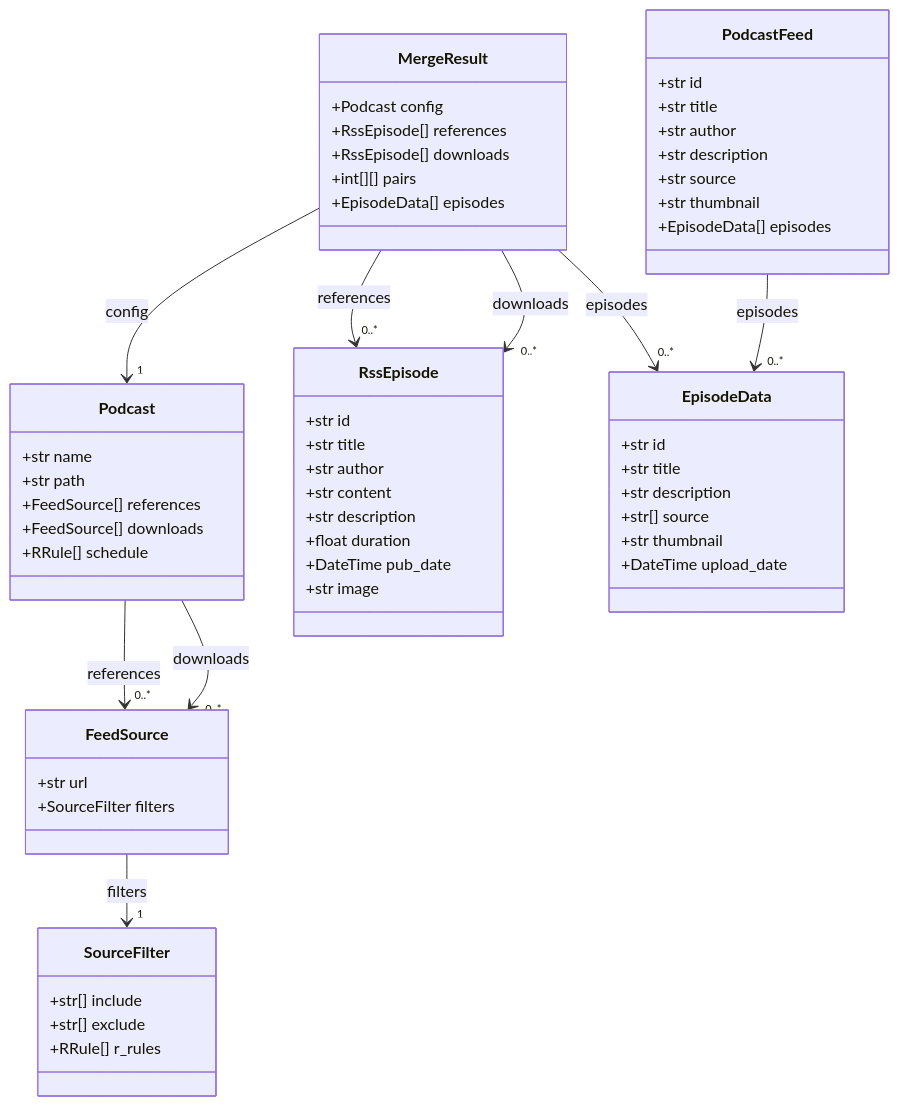
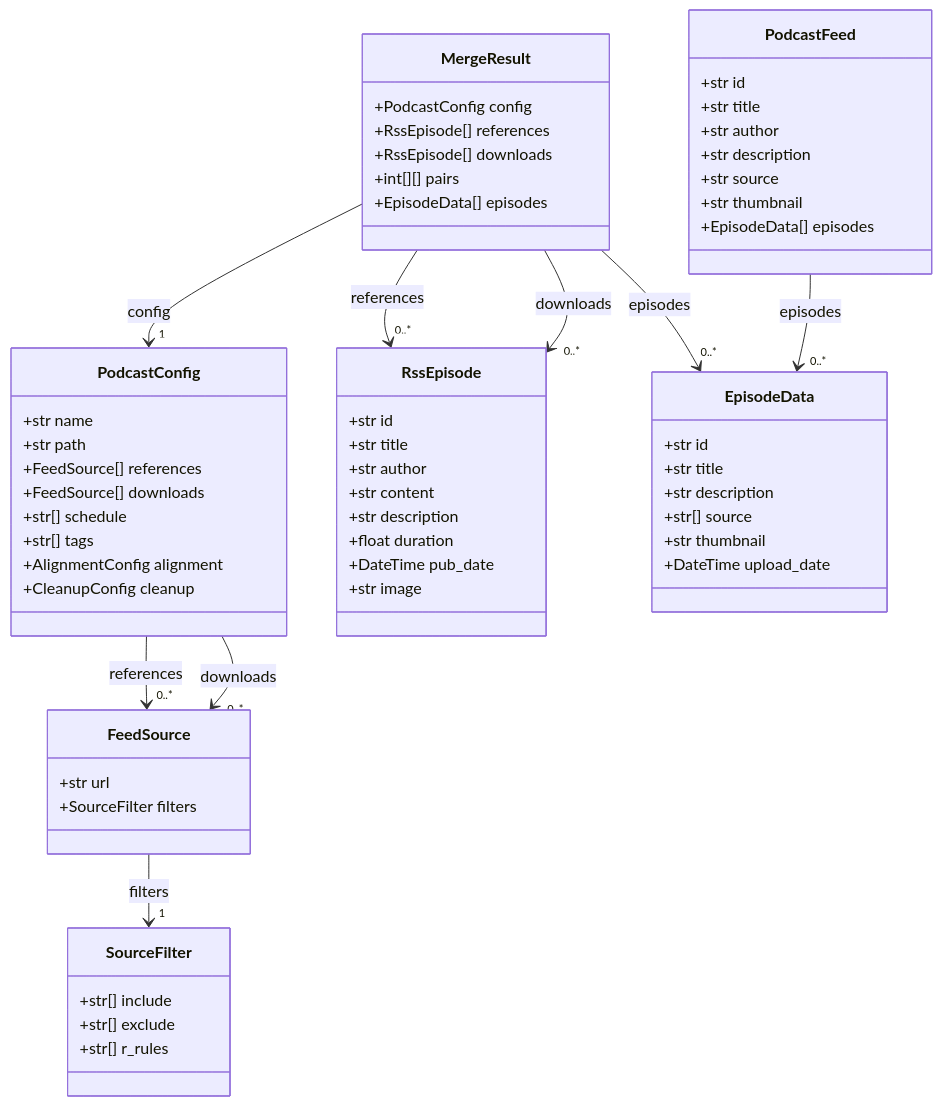
One commit to BinaryBand/adrift changed the first of 2 diagrams in docs/SPECS.md. Above: the diagram before and after it, drawn with Mermaid. The commit also changed other lines of this file and 3 other files, not shown here.

````diff
--- a/docs/SPECS.md
+++ b/docs/SPECS.md
@@ -9,68 +11,71 @@
 ```mermaid
 classDiagram
     class SourceFilter {
         +str[] include
         +str[] exclude
-        +RRule[] r_rules
+        +str[] r_rules
     }
 
     class FeedSource {
         +str url
         +SourceFilter filters
     }
 
-    class Podcast {
+    class PodcastConfig {
         +str name
         +str path
         +FeedSource[] references
         +FeedSource[] downloads
-        +RRule[] schedule
+        +str[] schedule
+        +str[] tags
+        +AlignmentConfig alignment
+        +CleanupConfig cleanup
     }
 
     class RssEpisode {
         +str id
         +str title
         +str author
         +str content
         +str description
         +float duration
         +DateTime pub_date
         +str image
     }
 
     class EpisodeData {
         +str id
         +str title
         +str description
         +str[] source
         +str thumbnail
         +DateTime upload_date
     }
 
     class MergeResult {
-        +Podcast config
+        +PodcastConfig config
         +RssEpisode[] references
         +RssEpisode[] downloads
         +int[][] pairs
         +EpisodeData[] episodes
     }
 
     class PodcastFeed {
         +str id
         +str title
         +str author
         +str description
         +str source
         +str thumbnail
         +EpisodeData[] episodes
     }
 
-    Podcast --> "0..*" FeedSource : references
-    Podcast --> "0..*" FeedSource : downloads
+    PodcastConfig --> "0..*" FeedSource : references
+    PodcastConfig --> "0..*" FeedSource : downloads
     FeedSource --> "1" SourceFilter : filters
-    MergeResult --> "1" Podcast : config
+    MergeResult --> "1" PodcastConfig : config
     MergeResult --> "0..*" RssEpisode : references
     MergeResult --> "0..*" RssEpisode : downloads
     MergeResult --> "0..*" EpisodeData : episodes
     PodcastFeed --> "0..*" EpisodeData : episodes
 ```
````
